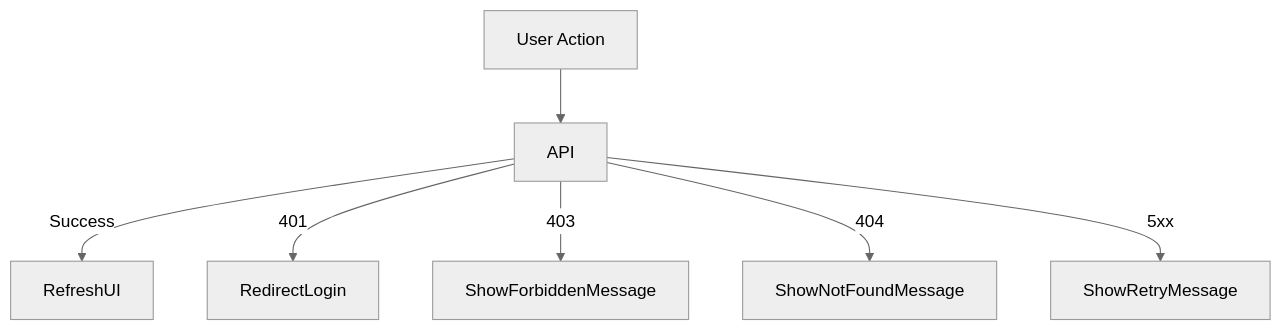
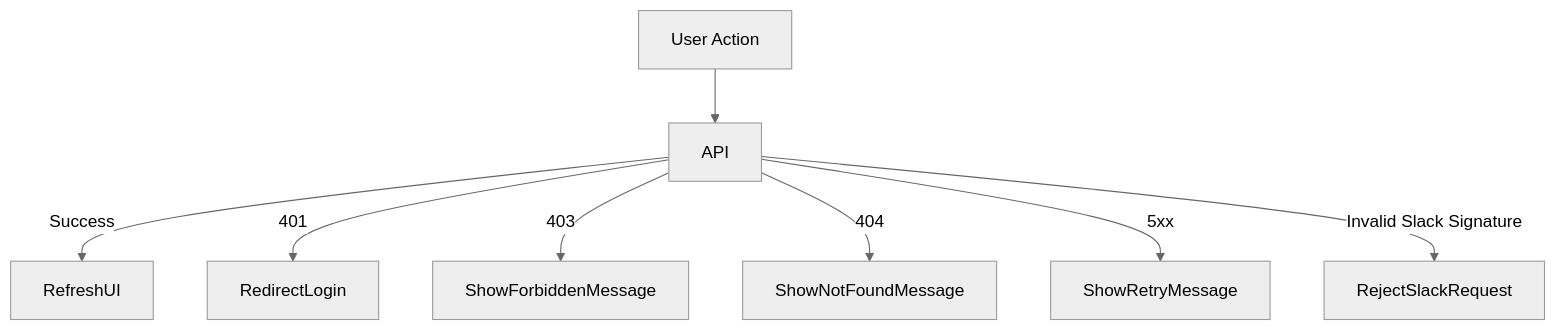
The sixth of 13 diagrams in docs/details/03_screen-flow.md (Asheze1127/progress-checker), drawn with Mermaid (neutral theme) before and after one commit. The commit also changed other lines of this file, not shown here.

Commit message:
add slack screen flow

````diff
--- a/docs/details/03_screen-flow.md
+++ b/docs/details/03_screen-flow.md
@@ -114,9 +153,10 @@
 ```mermaid
 flowchart TD
     Action[User Action] --> API
     API -->|Success| RefreshUI
     API -->|401| RedirectLogin
     API -->|403| ShowForbiddenMessage
     API -->|404| ShowNotFoundMessage
     API -->|5xx| ShowRetryMessage
+    API -->|Invalid Slack Signature| RejectSlackRequest
 ```
````
